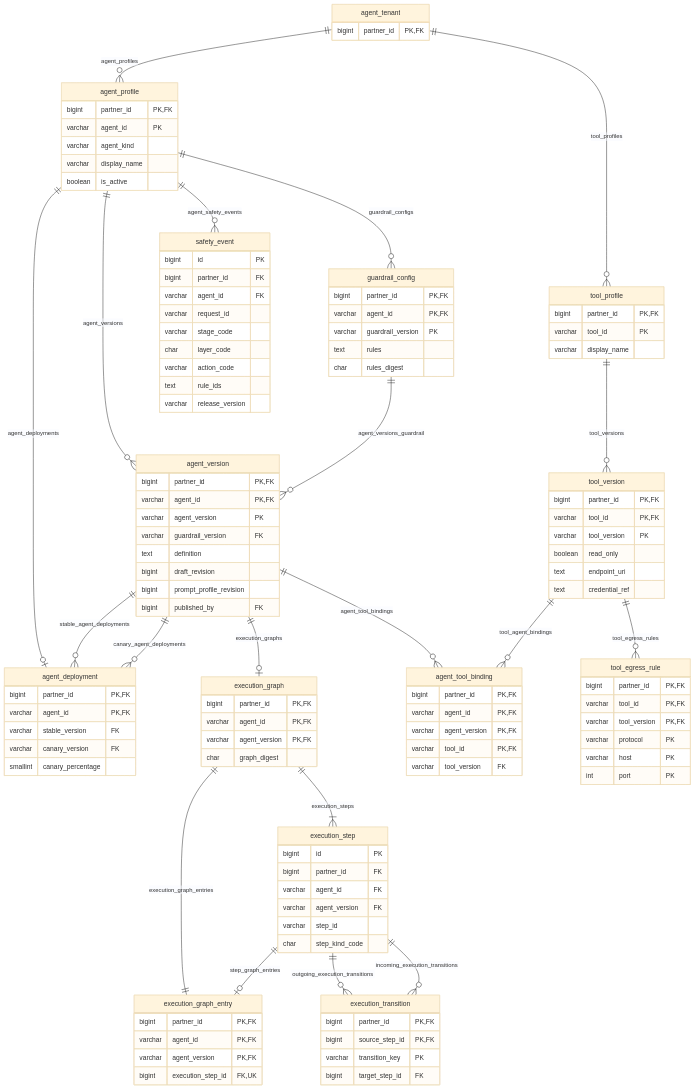
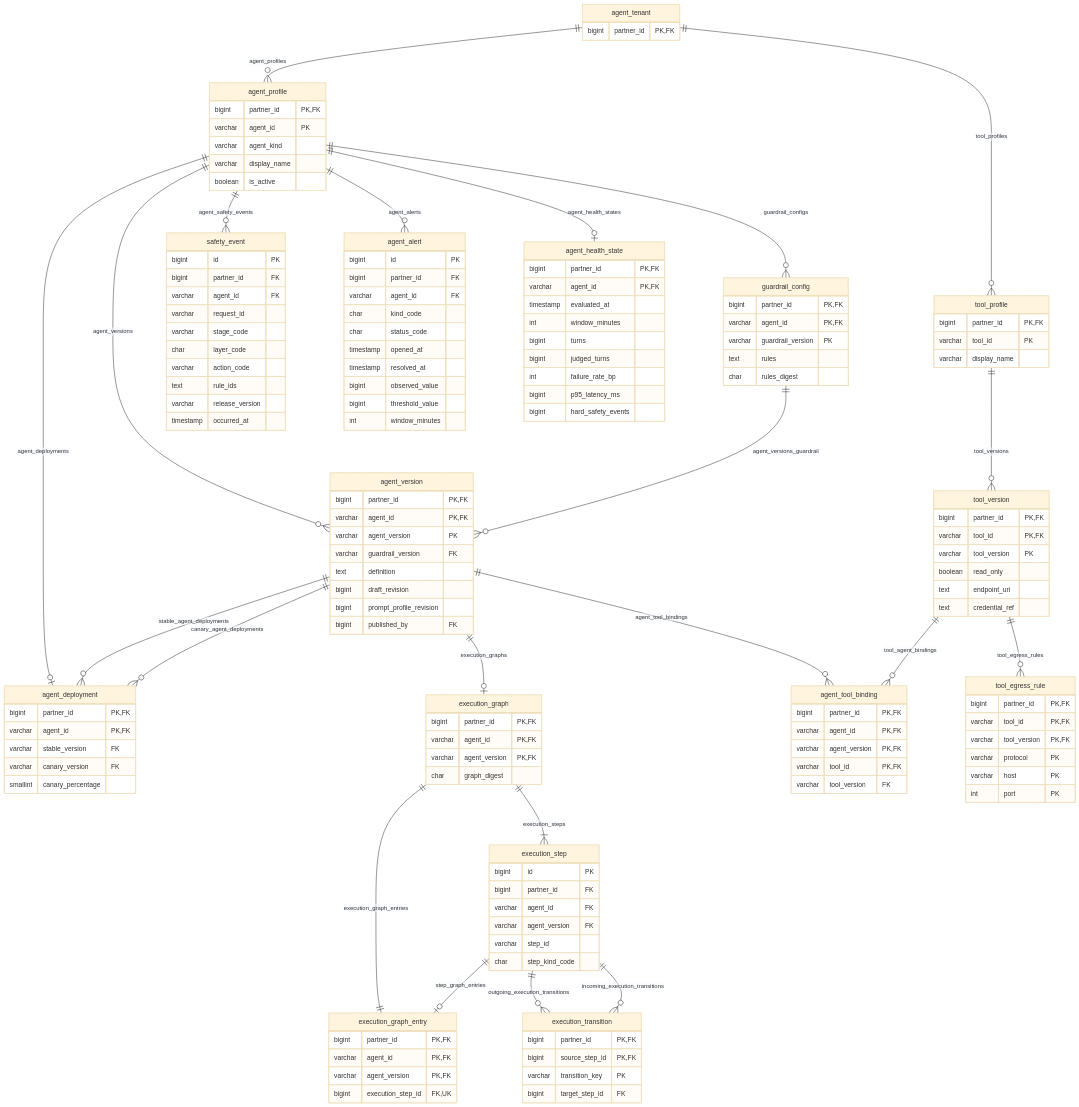
Before and after one commit to nauticana/scout: the fourth of 21 diagrams in doc/database.md, drawn with Mermaid (base theme). The commit also changed other lines of this file and 86 other files, not shown here.

Commit message:
Scripted cases, trajectories, and agent health alerts

```diff
--- a/doc/database.md
+++ b/doc/database.md
@@ -576,6 +584,8 @@
     agent_tenant ||--o{ tool_profile : tool_profiles
     agent_profile ||--o{ guardrail_config : guardrail_configs
     agent_profile ||--o{ safety_event : agent_safety_events
+    agent_profile ||--o{ agent_alert : agent_alerts
+    agent_profile ||--o| agent_health_state : agent_health_states
     agent_profile ||--o{ agent_version : agent_versions
     guardrail_config ||--o{ agent_version : agent_versions_guardrail
     agent_profile ||--o| agent_deployment : agent_deployments
@@ -619,6 +629,30 @@
         varchar action_code
         text rule_ids
         varchar release_version
+        timestamp occurred_at
+    }
+    agent_alert {
+        bigint id PK
+        bigint partner_id FK
+        varchar agent_id FK
+        char kind_code
+        char status_code
+        timestamp opened_at
+        timestamp resolved_at
+        bigint observed_value
+        bigint threshold_value
+        int window_minutes
+    }
+    agent_health_state {
+        bigint partner_id PK,FK
+        varchar agent_id PK,FK
+        timestamp evaluated_at
+        int window_minutes
+        bigint turns
+        bigint judged_turns
+        int failure_rate_bp
+        bigint p95_latency_ms
+        bigint hard_safety_events
     }
     agent_version {
         bigint partner_id PK,FK
```
